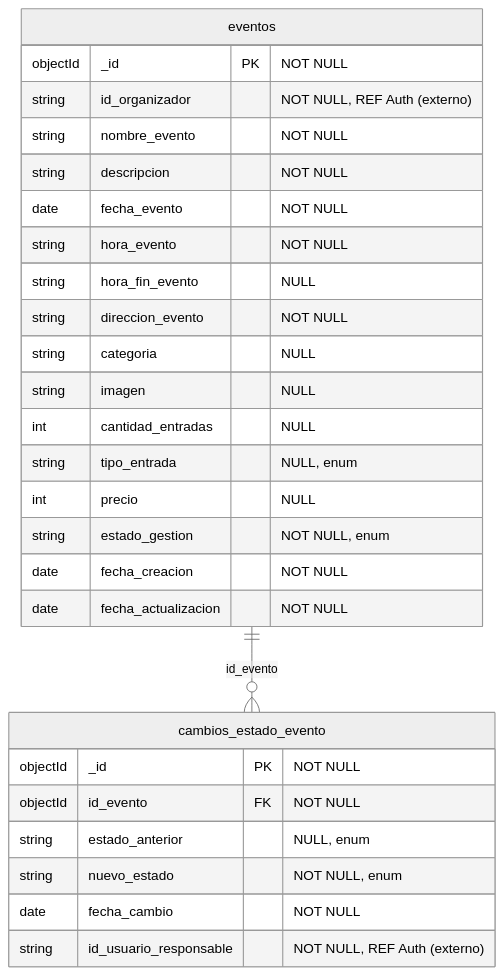
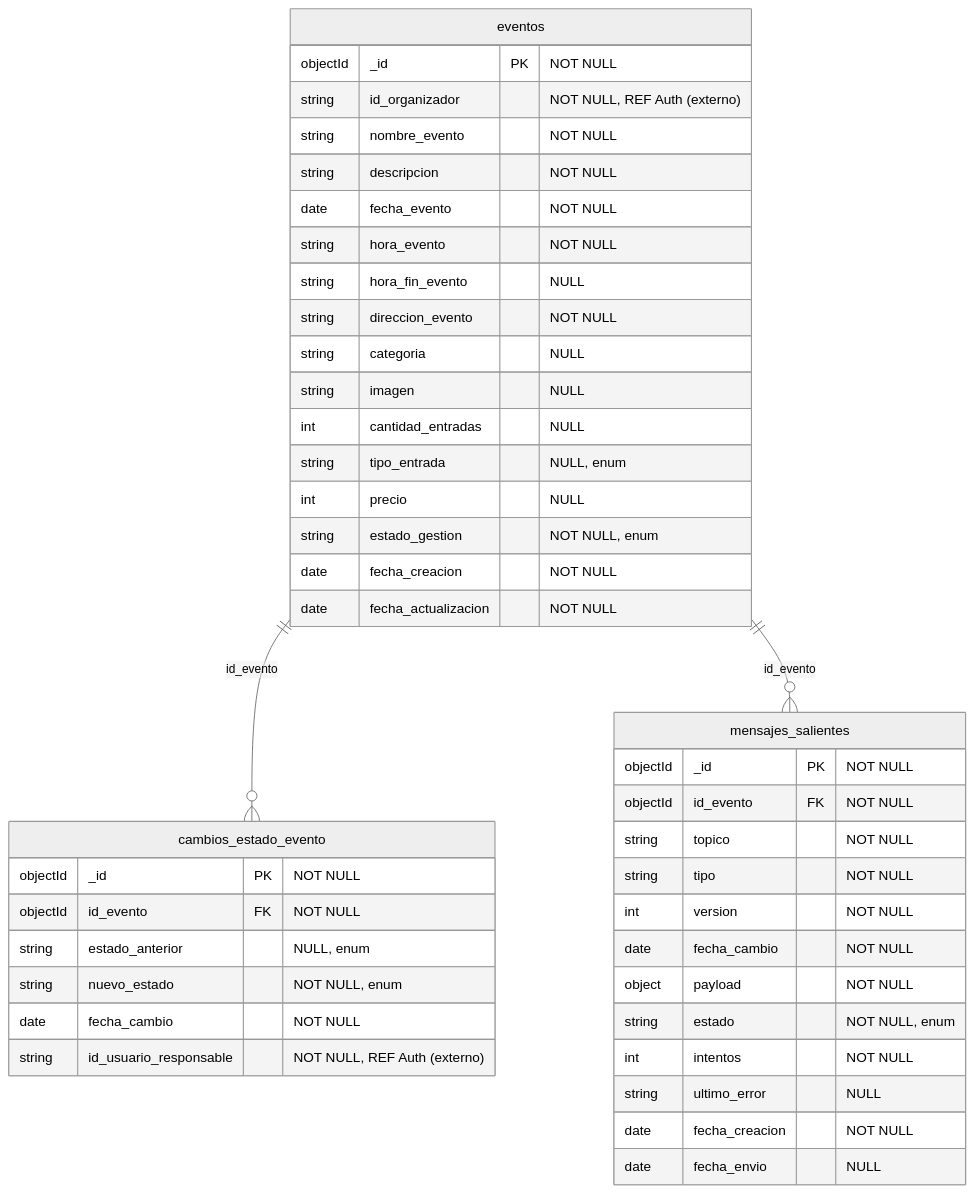
One commit to marybaxmann/Equipo-1---Panel-Organizador changed the diagram in docs/bd/diagrama-er.md. Above: the diagram before and after it, drawn with Mermaid (neutral theme). The commit also changed other lines of this file and 73 other files, not shown here.

````diff
--- a/docs/bd/diagrama-er.md
+++ b/docs/bd/diagrama-er.md
@@ -3,30 +7,45 @@
 ```mermaid
 erDiagram
   eventos {
     objectId _id PK "NOT NULL"
     string id_organizador "NOT NULL, REF Auth (externo)"
     string nombre_evento "NOT NULL"
     string descripcion "NOT NULL"
     date fecha_evento "NOT NULL"
     string hora_evento "NOT NULL"
     string hora_fin_evento "NULL"
     string direccion_evento "NOT NULL"
     string categoria "NULL"
     string imagen "NULL"
     int cantidad_entradas "NULL"
     string tipo_entrada "NULL, enum"
     int precio "NULL"
     string estado_gestion "NOT NULL, enum"
     date fecha_creacion "NOT NULL"
     date fecha_actualizacion "NOT NULL"
   }
   cambios_estado_evento {
     objectId _id PK "NOT NULL"
     objectId id_evento FK "NOT NULL"
     string estado_anterior "NULL, enum"
     string nuevo_estado "NOT NULL, enum"
     date fecha_cambio "NOT NULL"
     string id_usuario_responsable "NOT NULL, REF Auth (externo)"
   }
+  mensajes_salientes {
+    objectId _id PK "NOT NULL"
+    objectId id_evento FK "NOT NULL"
+    string topico "NOT NULL"
+    string tipo "NOT NULL"
+    int version "NOT NULL"
+    date fecha_cambio "NOT NULL"
+    object payload "NOT NULL"
+    string estado "NOT NULL, enum"
+    int intentos "NOT NULL"
+    string ultimo_error "NULL"
+    date fecha_creacion "NOT NULL"
+    date fecha_envio "NULL"
+  }
   eventos ||--o{ cambios_estado_evento : "id_evento"
+  eventos ||--o{ mensajes_salientes : "id_evento"
 ```
````
